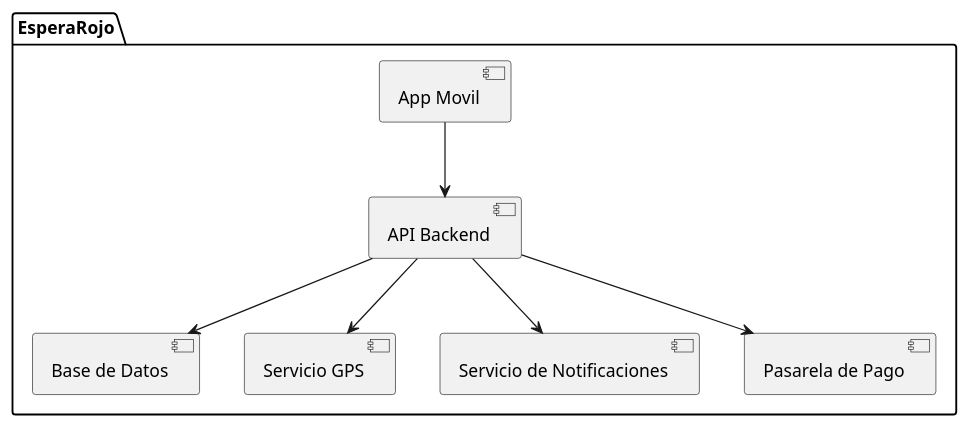
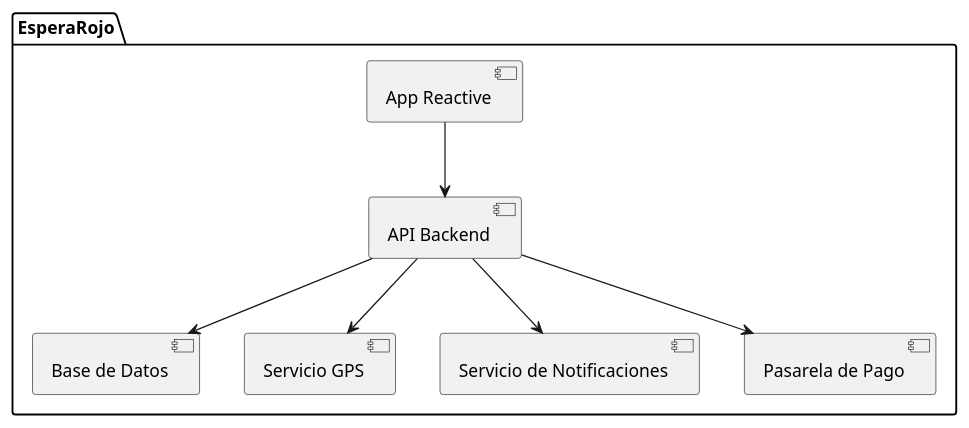
Before and after one commit to AndreCabrejos/diagramas-uml: the diagram in Diagrama componentes.puml, drawn with PlantUML. The commit also changed 4 other files, not shown here.

Commit message:
cambio a app reactive

```diff
--- a/Diagrama componentes.puml
+++ b/Diagrama componentes.puml
@@ -1,29 +1,29 @@
 @startuml
 
 package "EsperaRojo" {
 
-  [App Movil]
+  [App Reactive]
 
   [API Backend]
 
   [Base de Datos]
 
   [Servicio GPS]
 
   [Servicio de Notificaciones]
 
   [Pasarela de Pago]
 
 }
 
-[App Movil] --> [API Backend]
+[App Reactive] --> [API Backend]
 
 [API Backend] --> [Base de Datos]
 
 [API Backend] --> [Servicio GPS]
 
 [API Backend] --> [Servicio de Notificaciones]
 
 [API Backend] --> [Pasarela de Pago]
 
 @enduml
```
